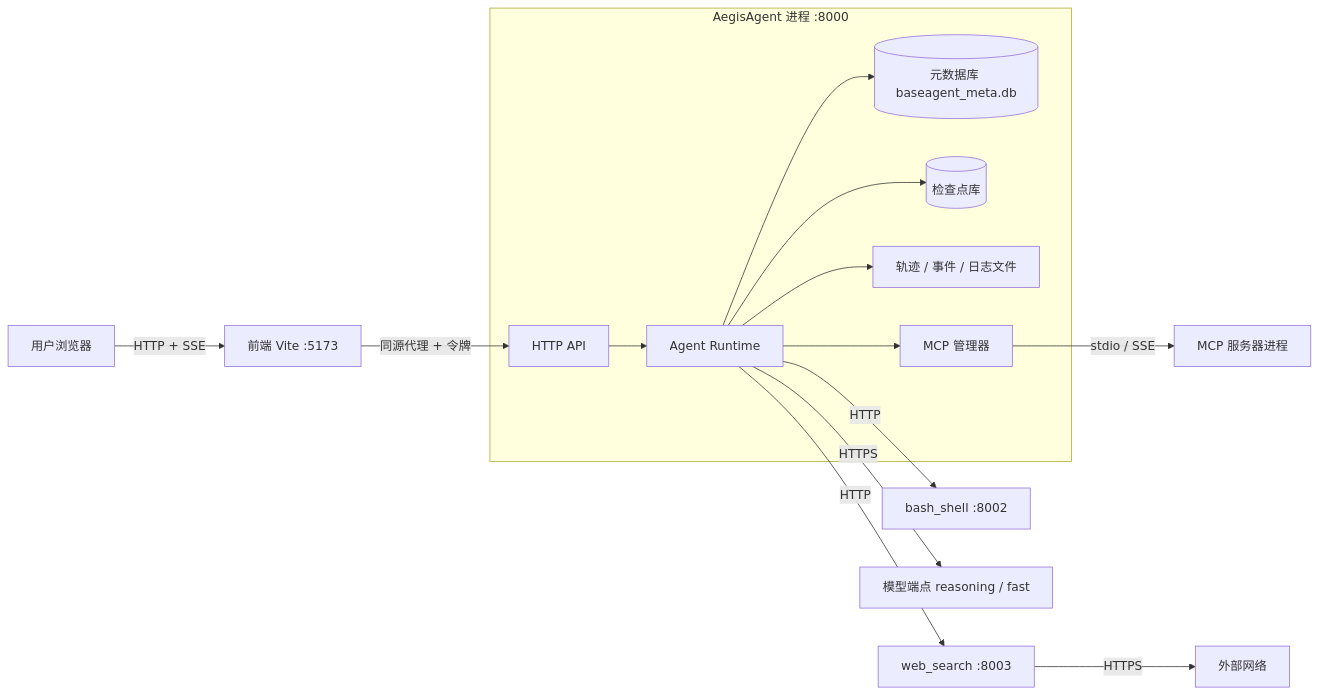
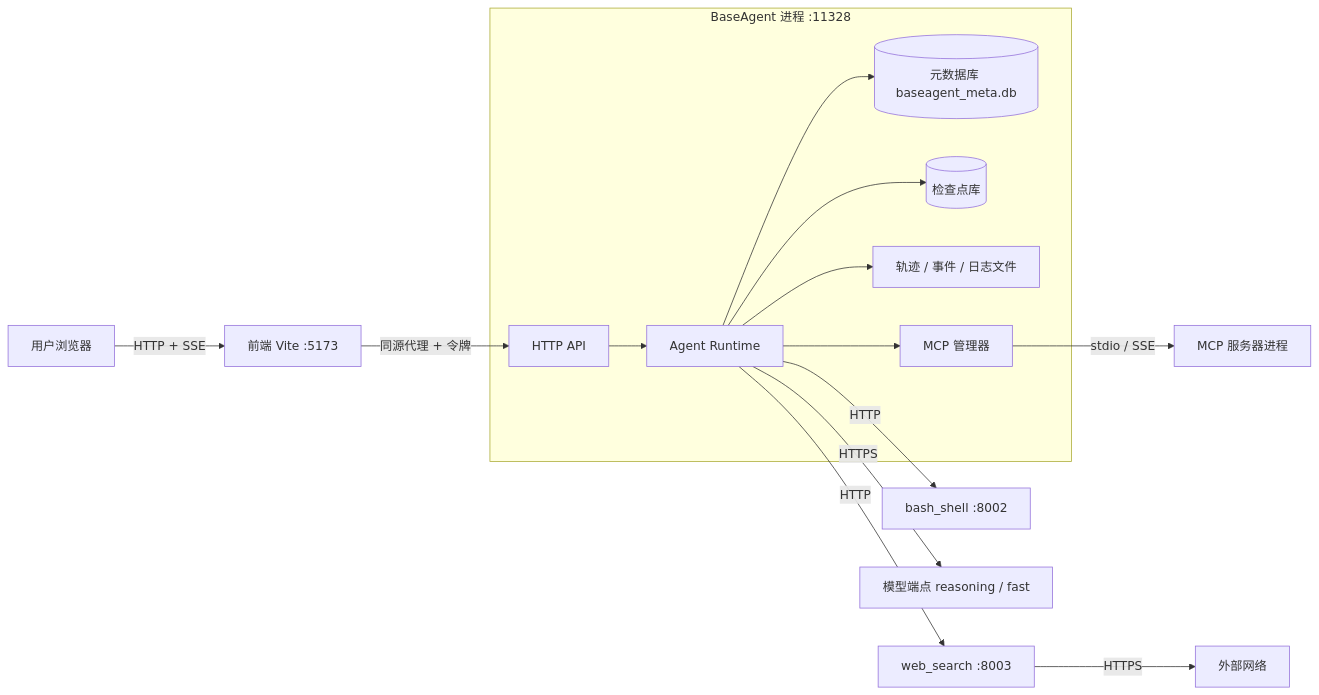
The diagram in docs/01_architecture/01_system_overview.md (MakinoharaShokosans/BaseAgent), drawn with Mermaid before and after one commit. The commit also changed other lines of this file and 62 other files, not shown here.

````diff
--- a/docs/01_architecture/01_system_overview.md
+++ b/docs/01_architecture/01_system_overview.md
@@ -9,17 +9,17 @@
 ```mermaid
 flowchart LR
     U[用户浏览器] -->|HTTP + SSE| FE[前端 Vite :5173]
     FE -->|同源代理 + 令牌| API
-    subgraph AG[AegisAgent 进程 :8000]
+    subgraph AG[BaseAgent 进程 :11328]
         API[HTTP API] --> RT[Agent Runtime]
         RT --> MEM[(元数据库 baseagent_meta.db)]
         RT --> CK[(检查点库)]
         RT --> TR[轨迹 / 事件 / 日志文件]
         RT --> MCPM[MCP 管理器]
     end
     RT -->|HTTP| SH[bash_shell :8002]
     RT -->|HTTP| WS[web_search :8003]
     RT -->|HTTPS| LLM[模型端点 reasoning / fast]
     MCPM -->|stdio / SSE| MCPS[MCP 服务器进程]
     WS -->|HTTPS| NET[外部网络]
 ```
````
